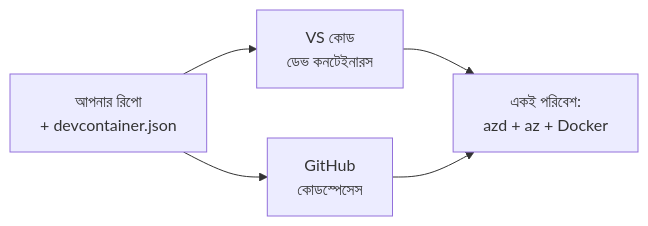
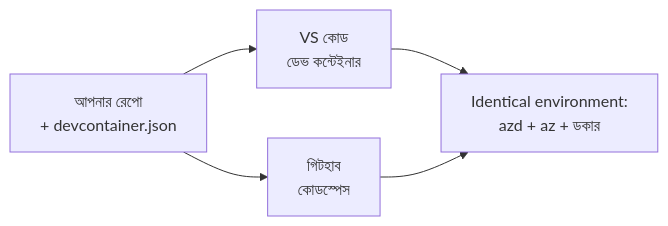
The diagram in translations/bn/docs/chapter-01-foundation/dev-containers.md (microsoft/AZD-for-beginners), drawn with Mermaid before and after one commit. The commit also changed other lines of this file and 62 other files, not shown here.

````diff
--- a/translations/bn/docs/chapter-01-foundation/dev-containers.md
+++ b/translations/bn/docs/chapter-01-foundation/dev-containers.md
@@ -41,7 +41,7 @@
 ```mermaid
 graph LR
-    Repo[আপনার রিপো<br/>+ devcontainer.json] --> VSCode[VS কোড<br/>ডেভ কনটেইনারস]
-    Repo --> Codespaces[GitHub<br/>কোডস্পেসেস]
-    VSCode --> Env[একই পরিবেশ:<br/>azd + az + Docker]
+    Repo[আপনার রেপো<br/>+ devcontainer.json] --> VSCode[VS কোড<br/>ডেভ কন্টেইনার]
+    Repo --> Codespaces[গিটহাব<br/>কোডস্পেস]
+    VSCode --> Env[Identical environment:<br/>azd + az + ডকার]
     Codespaces --> Env
 ```
````
